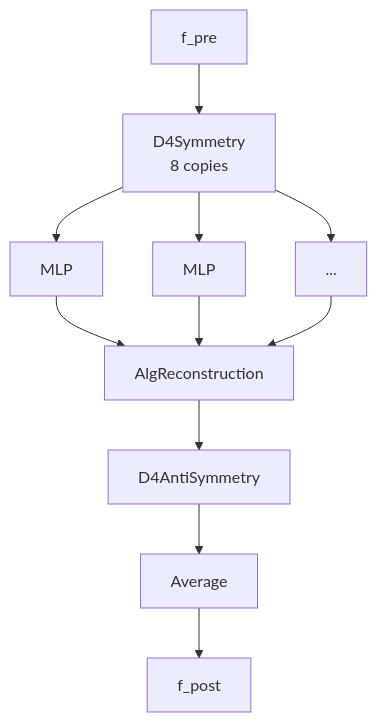
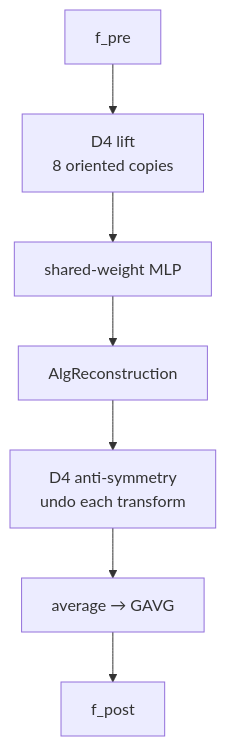
One commit to ML4PhA-G11/presentation changed the diagram in slides.md. Above: the diagram before and after it, drawn with Mermaid. The commit also changed other lines of this file and 9 other files, not shown here.

````diff
--- a/slides.md
+++ b/slides.md
@@ -200,13 +204,9 @@
-```mermaid {scale: 0.8}
+```mermaid {scale: 0.72}
 flowchart TD
-  X[f_pre] --> L[D4Symmetry<br/>8 copies]
-  L --> M1[MLP]
-  L --> M2[MLP]
-  L --> M3[...]
-  M1 --> R[AlgReconstruction]
-  M2 --> R
-  M3 --> R
-  R --> A[D4AntiSymmetry]
-  A --> AV[Average]
+  X[f_pre] --> L[D4 lift<br/>8 oriented copies]
+  L --> M[shared-weight MLP]
+  M --> R[AlgReconstruction]
+  R --> A[D4 anti-symmetry<br/>undo each transform]
+  A --> AV[average → GAVG]
   AV --> Y[f_post]
 ```
````
